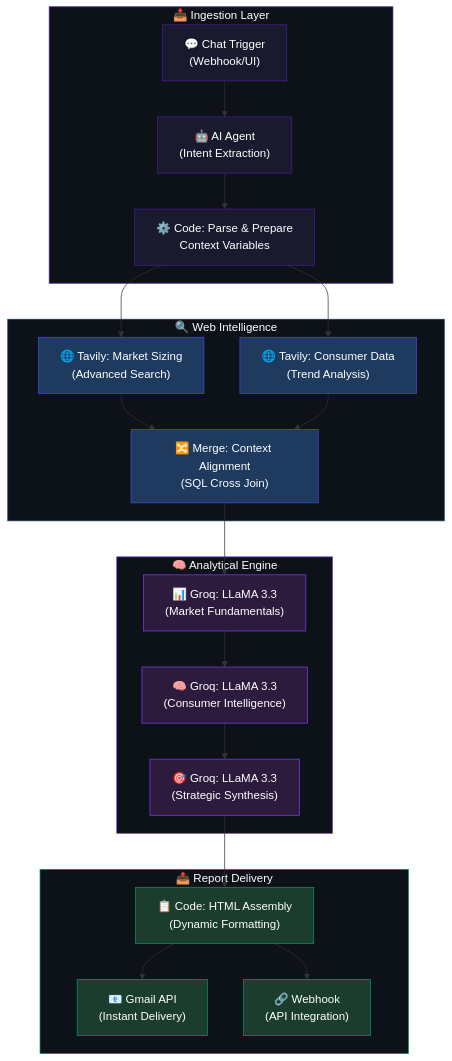
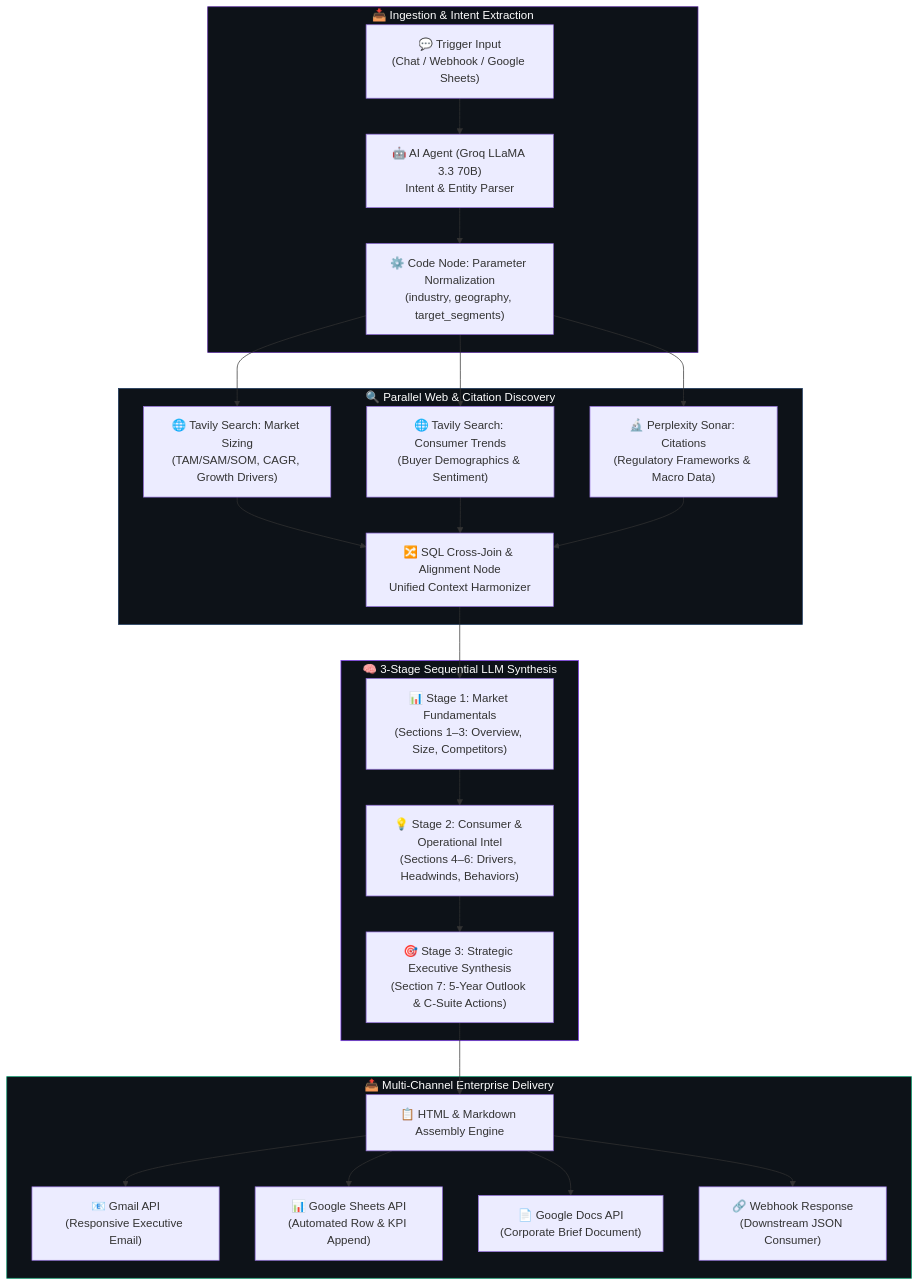
The diagram in README.md (RishabJainhub/market-research-pipeline), drawn with Mermaid before and after one commit. The commit also changed other lines of this file and 2 other files, not shown here.

Commit message:
docs: overhaul documentation, architecture, metadata, and multi-channel pipeline specs for profile-update-2026

````diff
--- a/README.md
+++ b/README.md
@@ -33,44 +36,35 @@
 ```mermaid
 flowchart TD
-    subgraph INGESTION ["📥 Ingestion Layer"]
-        A["💬 Chat Trigger\n(Webhook/UI)"] --> B["🤖 AI Agent\n(Intent Extraction)"]
-        B --> C["⚙️ Code: Parse & Prepare\nContext Variables"]
+    subgraph INGESTION ["📥 Ingestion & Intent Extraction"]
+        A["💬 Trigger Input\n(Chat / Webhook / Google Sheets)"] --> B["🤖 AI Agent (Groq LLaMA 3.3 70B)\nIntent & Entity Parser"]
+        B --> C["⚙️ Code Node: Parameter Normalization\n(industry, geography, target_segments)"]
     end
 
-    subgraph DISCOVERY ["🔍 Web Intelligence"]
-        C --> D["🌐 Tavily: Market Sizing\n(Advanced Search)"]
-        C --> E["🌐 Tavily: Consumer Data\n(Trend Analysis)"]
-        D --> F["🔀 Merge: Context Alignment\n(SQL Cross Join)"]
-        E --> F
+    subgraph DISCOVERY ["🔍 Parallel Web & Citation Discovery"]
+        C --> D["🌐 Tavily Search: Market Sizing\n(TAM/SAM/SOM, CAGR, Growth Drivers)"]
+        C --> E["🌐 Tavily Search: Consumer Trends\n(Buyer Demographics & Sentiment)"]
+        C --> F["🔬 Perplexity Sonar: Citations\n(Regulatory Frameworks & Macro Data)"]
+        D --> G["🔀 SQL Cross-Join & Alignment Node\nUnified Context Harmonizer"]
+        E --> G
+        F --> G
     end
 
-    subgraph ANALYSIS ["🧠 Analytical Engine"]
-        F --> G["📊 Groq: LLaMA 3.3\n(Market Fundamentals)"]
-        G --> H["🧠 Groq: LLaMA 3.3\n(Consumer Intelligence)"]
-        H --> I["🎯 Groq: LLaMA 3.3\n(Strategic Synthesis)"]
+    subgraph REASONING ["🧠 3-Stage Sequential LLM Synthesis"]
+        G --> H["📊 Stage 1: Market Fundamentals\n(Sections 1–3: Overview, Size, Competitors)"]
+        H --> I["💡 Stage 2: Consumer & Operational Intel\n(Sections 4–6: Drivers, Headwinds, Behaviors)"]
+        I --> J["🎯 Stage 3: Strategic Executive Synthesis\n(Section 7: 5-Year Outlook & C-Suite Actions)"]
     end
 
-    subgraph DELIVERY ["📤 Report Delivery"]
-        I --> J["📋 Code: HTML Assembly\n(Dynamic Formatting)"]
-        J --> K["📧 Gmail API\n(Instant Delivery)"]
-        J --> L["🔗 Webhook\n(API Integration)"]
+    subgraph DISTRIBUTION ["📤 Multi-Channel Enterprise Delivery"]
+        J --> K["📋 HTML & Markdown Assembly Engine"]
+        K --> L["📧 Gmail API\n(Responsive Executive Email)"]
+        K --> M["📊 Google Sheets API\n(Automated Row & KPI Append)"]
+        K --> N["📄 Google Docs API\n(Corporate Brief Document)"]
+        K --> O["🔗 Webhook Response\n(Downstream JSON Consumer)"]
     end
 
     style INGESTION fill:#0d1218,stroke:#4c1d95,color:#fff
     style DISCOVERY fill:#0d1218,stroke:#1e3a5f,color:#fff
-    style ANALYSIS fill:#0d1218,stroke:#7c3aed,color:#fff
-    style DELIVERY fill:#0d1218,stroke:#059669,color:#fff
-    
-    style A fill:#1a1a2e,stroke:#4c1d95,color:#fff
-    style B fill:#1a1a2e,stroke:#4c1d95,color:#fff
-    style C fill:#1a1a2e,stroke:#4c1d95,color:#fff
-    style D fill:#1e3a5f,stroke:#4F46E5,color:#fff
-    style E fill:#1e3a5f,stroke:#4F46E5,color:#fff
-    style F fill:#1e3a5f,stroke:#4F46E5,color:#fff
-    style G fill:#2d1b3d,stroke:#7C3AED,color:#fff
-    style H fill:#2d1b3d,stroke:#7C3AED,color:#fff
-    style I fill:#2d1b3d,stroke:#7C3AED,color:#fff
-    style J fill:#1b3d2d,stroke:#059669,color:#fff
-    style K fill:#1b3d2d,stroke:#059669,color:#fff
-    style L fill:#1b3d2d,stroke:#059669,color:#fff
+    style REASONING fill:#0d1218,stroke:#7c3aed,color:#fff
+    style DISTRIBUTION fill:#0d1218,stroke:#059669,color:#fff
 ```
````
